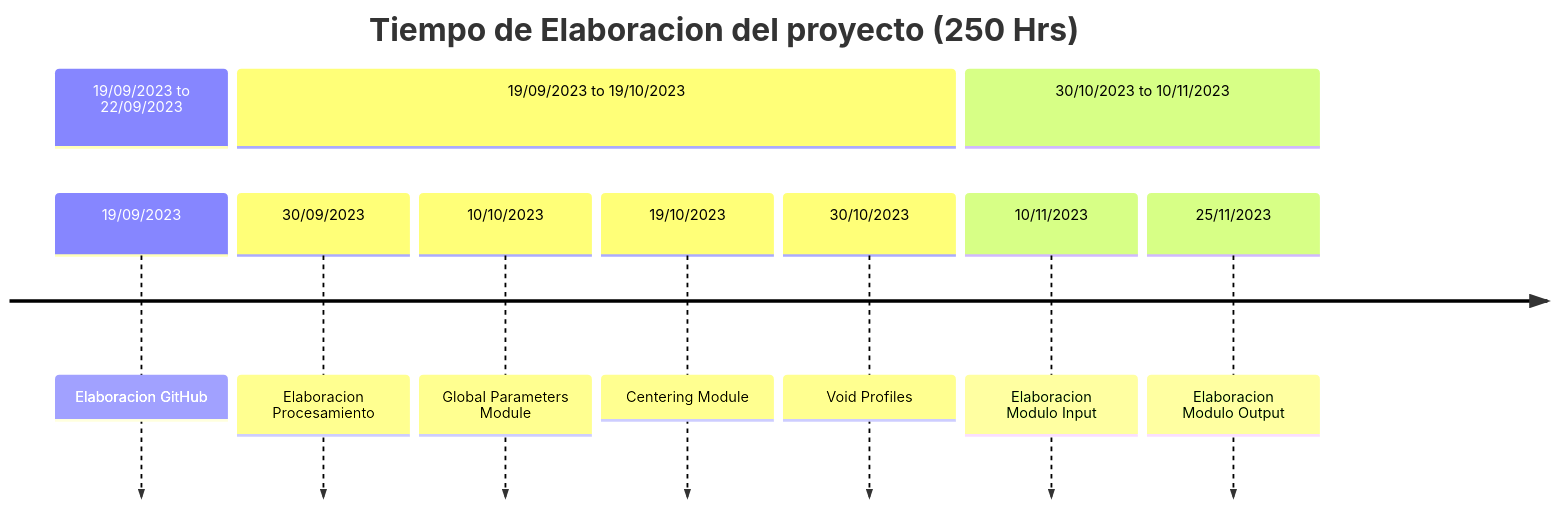
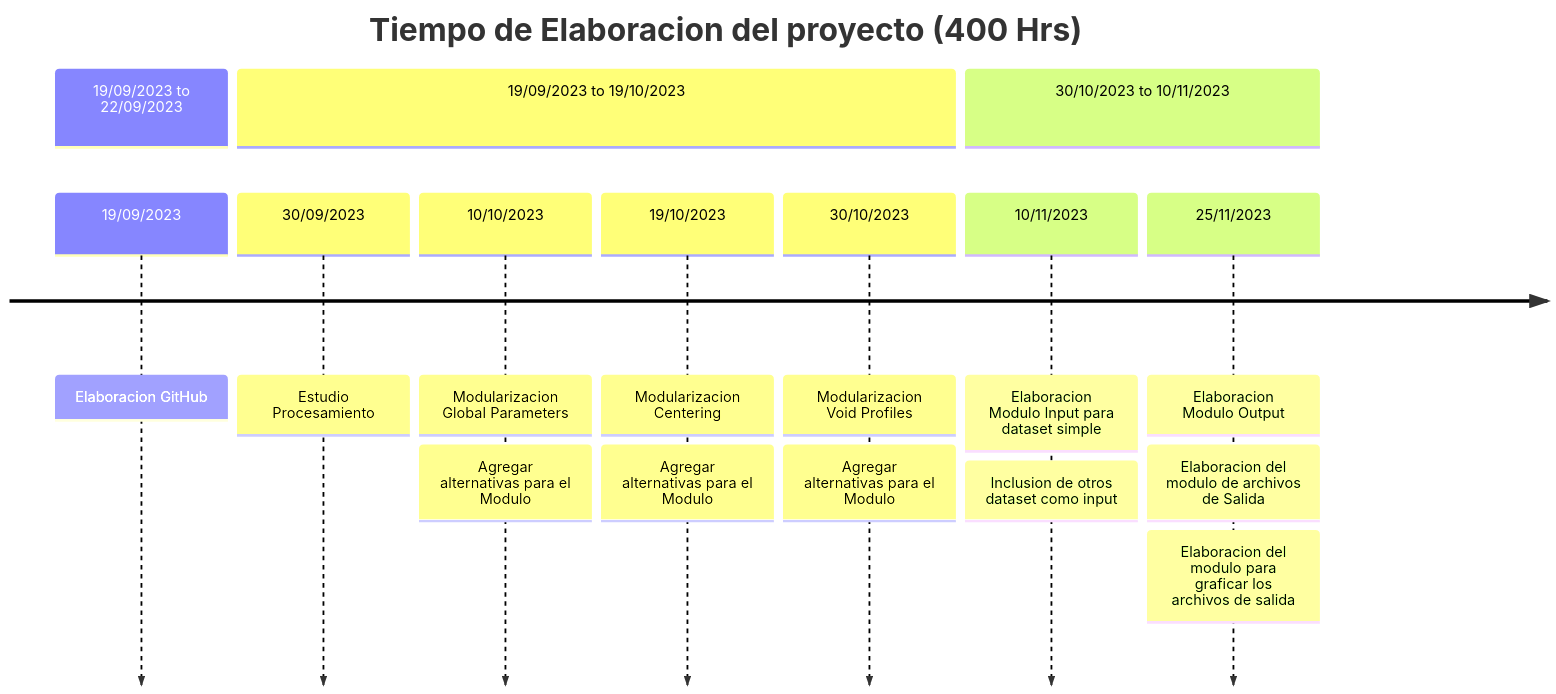
The second of 2 diagrams in README.md (FeD7791/voidFinderProject), drawn with Mermaid before and after one commit. The commit also changed other lines of this file, not shown here.

````diff
--- a/README.md
+++ b/README.md
@@ -64,14 +87,21 @@
 ```mermaid
   timeline
-    title Tiempo de Elaboracion del proyecto (250 Hrs)
+    title Tiempo de Elaboracion del proyecto (400 Hrs)
     section 19/09/2023 to 22/09/2023 
         19/09/2023 : Elaboracion GitHub
     section 19/09/2023 to 19/10/2023  
-        30/09/2023: Elaboracion Procesamiento
-        10/10/2023: Global Parameters Module
-        19/10/2023: Centering Module
-        30/10/2023: Void Profiles
+        30/09/2023: Estudio Procesamiento
+        10/10/2023: Modularizacion Global Parameters 
+                  : Agregar alternativas para el Modulo
+        19/10/2023: Modularizacion Centering
+                  : Agregar alternativas para el Modulo 
+        30/10/2023: Modularizacion Void Profiles
+                  : Agregar alternativas para el Modulo 
     section 30/10/2023 to 10/11/2023 
-        10/11/2023: Elaboracion Modulo Input
+        10/11/2023: Elaboracion Modulo Input para dataset simple
+                  : Inclusion de otros dataset como input
         25/11/2023: Elaboracion Modulo Output
+                  : Elaboracion del modulo de archivos de Salida
+                  : Elaboracion del modulo para graficar los archivos de salida
+    
 ```
````
